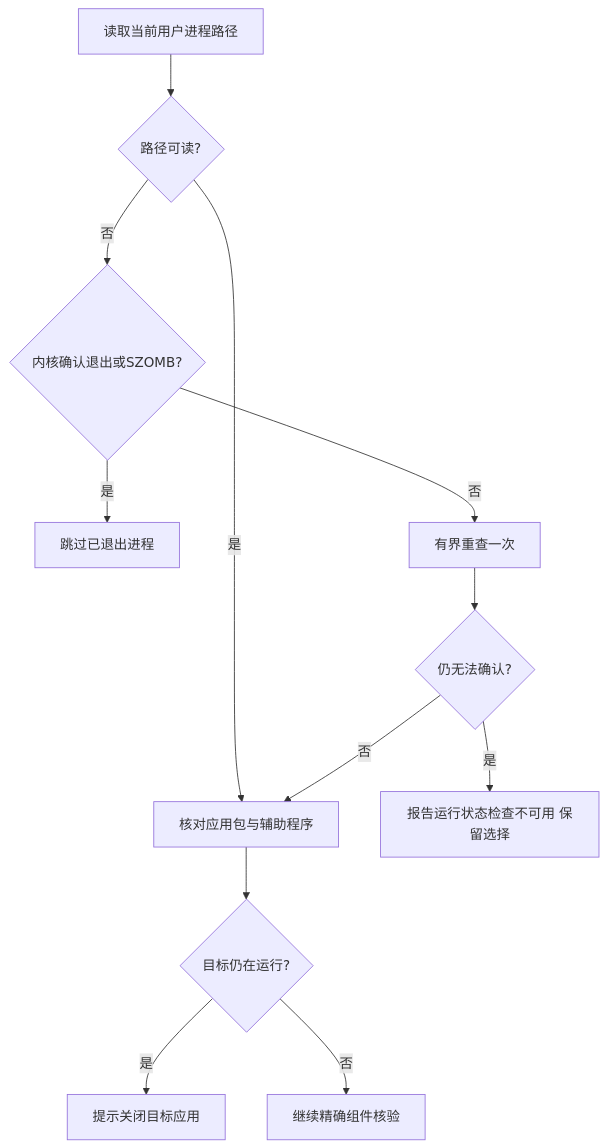
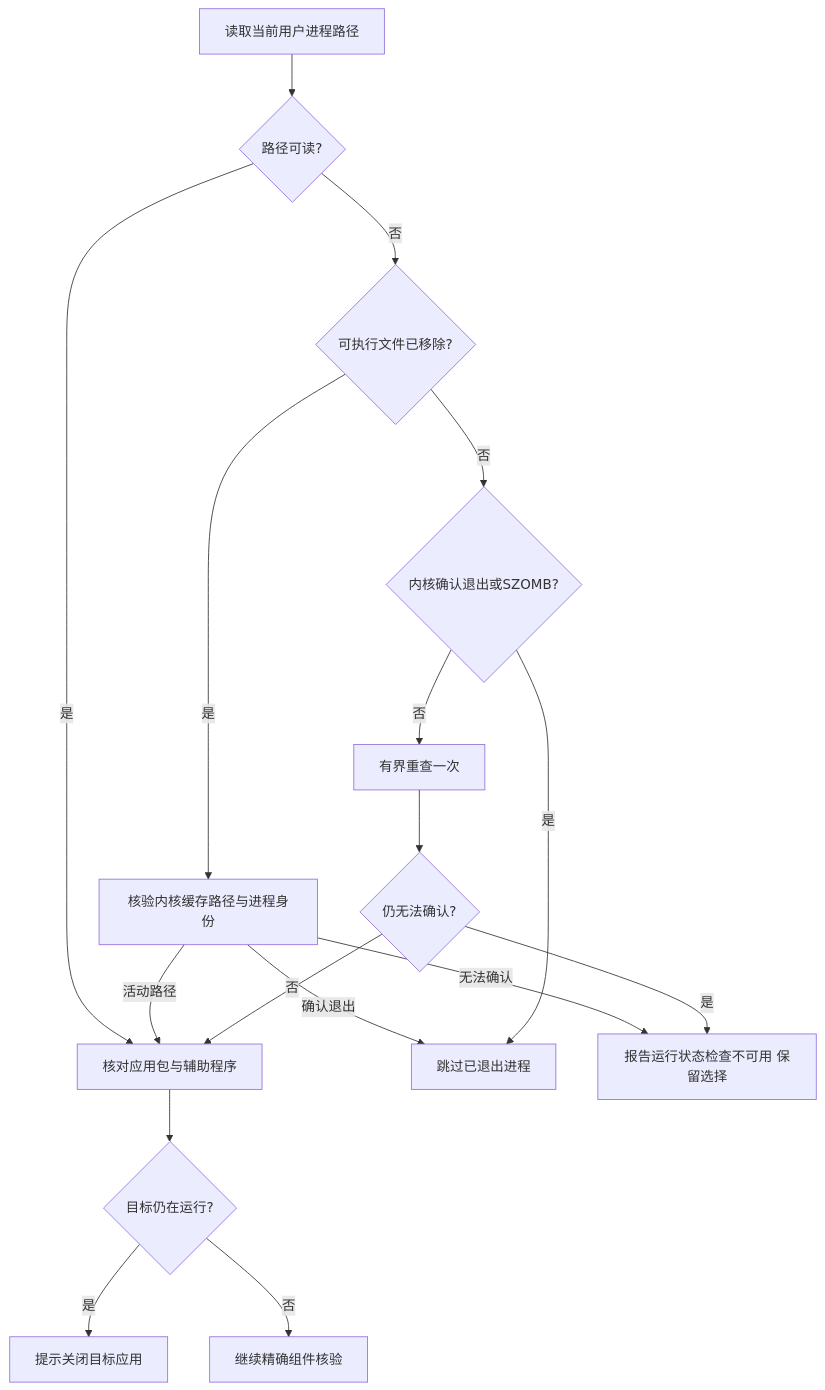
One commit to limecloud/shou changed the fourth of 4 diagrams in docs/zh-CN/product/application-uninstall.md. Above: the diagram before and after it, drawn with Mermaid. The commit also changed other lines of this file and 86 other files, not shown here.

````diff
--- a/docs/zh-CN/product/application-uninstall.md
+++ b/docs/zh-CN/product/application-uninstall.md
@@ -124,14 +126,19 @@
 ```mermaid
 flowchart TD
   PID[读取当前用户进程路径] --> Path{路径可读?}
   Path -->|是| Match[核对应用包与辅助程序]
-  Path -->|否| Kernel{内核确认退出或SZOMB?}
+  Path -->|否| Missing{可执行文件已移除?}
+  Missing -->|是| Cached[核验内核缓存路径与进程身份]
+  Cached -->|活动路径| Match
+  Cached -->|确认退出| Skip
+  Cached -->|无法确认| Block
+  Missing -->|否| Kernel{内核确认退出或SZOMB?}
   Kernel -->|是| Skip[跳过已退出进程]
   Kernel -->|否| Retry[有界重查一次]
   Retry --> Unknown{仍无法确认?}
   Unknown -->|是| Block[报告运行状态检查不可用 保留选择]
   Unknown -->|否| Match
   Match --> Active{目标仍在运行?}
   Active -->|是| Quit[提示关闭目标应用]
   Active -->|否| Continue[继续精确组件核验]
 ```
````
